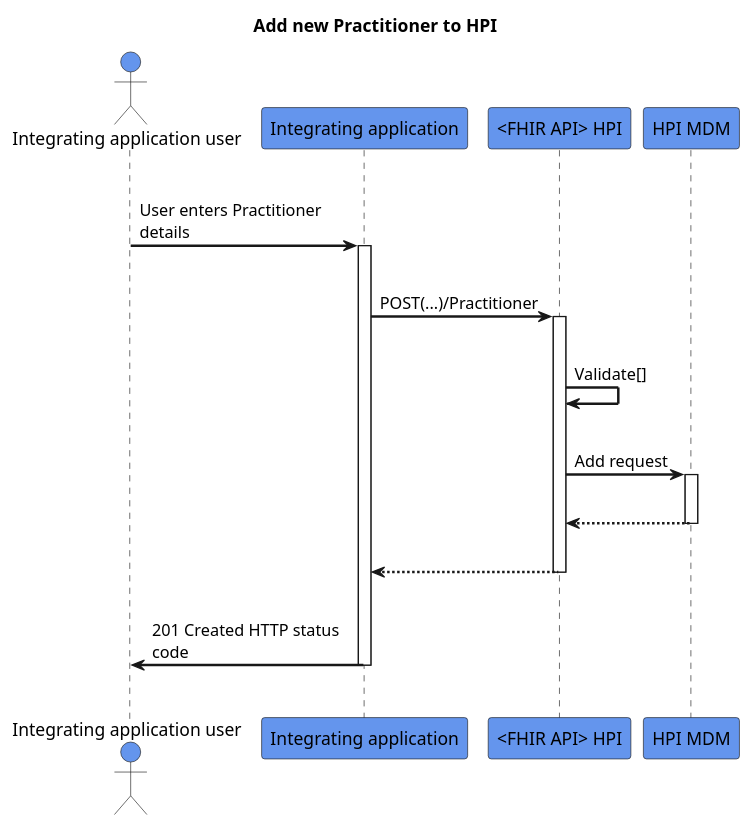
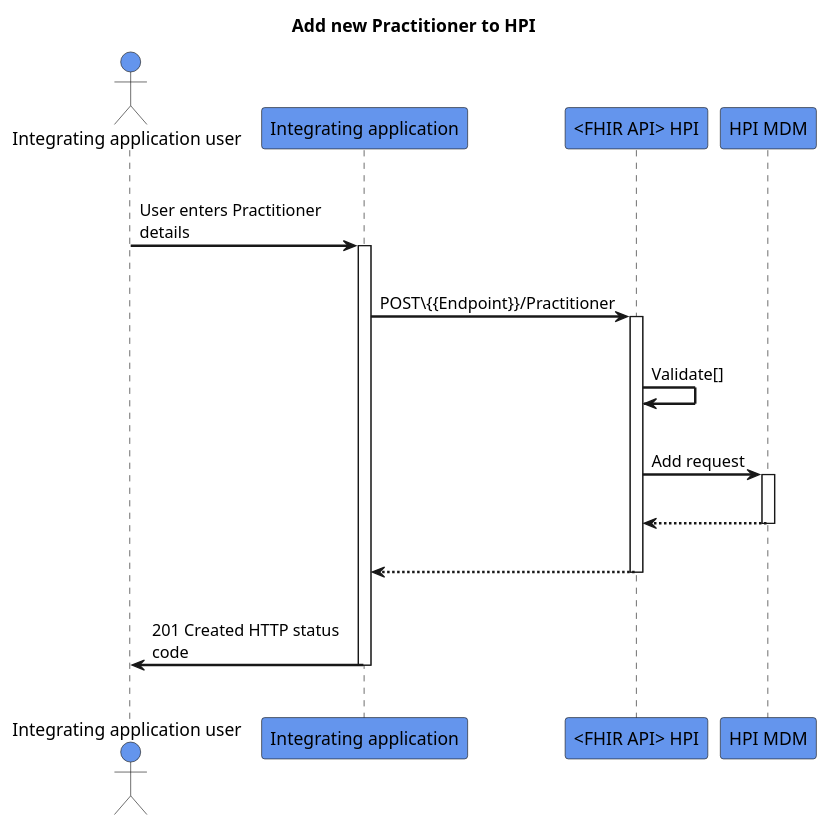
One commit to HL7NZ/hpi changed the diagram in input/images-source/add-practitioner.plantuml. Above: the diagram before and after it, drawn with PlantUML.

```diff
--- a/input/images-source/add-practitioner.plantuml
+++ b/input/images-source/add-practitioner.plantuml
@@ -1,32 +1,32 @@
 @startuml
 skinparam sequenceArrowThickness 2
 skinparam roundcorner 5
 skinparam maxmessagesize 180
 skinparam sequenceParticipant bold
 title Add new Practitioner to HPI
 actor "Integrating application user" as User #CornflowerBlue
 participant "Integrating application" as A #CornflowerBlue
 participant "<FHIR API> HPI" as B #CornflowerBlue
 participant "HPI MDM" as C #CornflowerBlue
 |||
 User -> A: User enters Practitioner details
 activate A
 |||
-A -> B: POST(...)/Practitioner
+A -> B: POST\{{Endpoint}}/Practitioner
 activate B
 |||
 B -> B: Validate[]
 |||
 B -> C: Add request
 activate C
 |||
 C -[dashed]-> B:  
 deactivate C
 |||
 B -[dashed]-> A:
 deactivate B
 |||
 A -> User: 201 Created HTTP status code
 deactivate A
 |||
 @enduml
```
